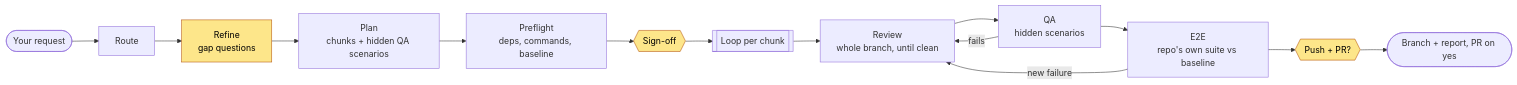
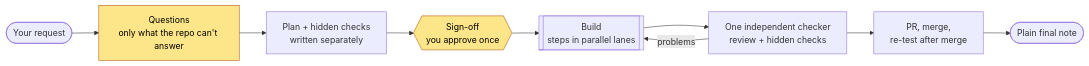
One commit to Hafiz408/dark-factory changed the first of 2 diagrams in README.md. Above: the diagram before and after it, drawn with Mermaid. The commit also changed other lines of this file and 3 other files, not shown here.

````diff
--- a/README.md
+++ b/README.md
@@ -82,19 +40,14 @@
 ```mermaid
 flowchart LR
-    A([Your request]) --> R[Route]
-    R --> F[Refine<br/>gap questions]
-    F --> P[Plan<br/>chunks + hidden QA scenarios]
-    P --> PF[Preflight<br/>deps, commands, baseline]
-    PF --> S{{Sign-off}}
-    S --> L[[Loop per chunk]]
-    L --> I[Review<br/>whole branch, until clean]
-    I --> QA[QA<br/>hidden scenarios]
-    QA -->|fails| I
-    QA --> E[E2E<br/>repo's own suite vs baseline]
-    E -->|new failure| I
-    E --> SH{{Push + PR?}}
-    SH --> O([Branch + report, PR on yes])
+    A([Your request]) --> Q[Questions<br/>only what the repo can't answer]
+    Q --> P[Plan + hidden checks<br/>written separately]
+    P --> S{{Sign-off<br/>you approve once}}
+    S --> B[[Build<br/>steps in parallel lanes]]
+    B --> C[One independent checker<br/>review + hidden checks]
+    C -->|problems| B
+    C --> PR[PR, merge,<br/>re-test after merge]
+    PR --> N([Plain final note])
 
     classDef you fill:#fde68a,stroke:#b45309,color:#000
-    class F,S,SH you
+    class Q,S you
 ```
````
